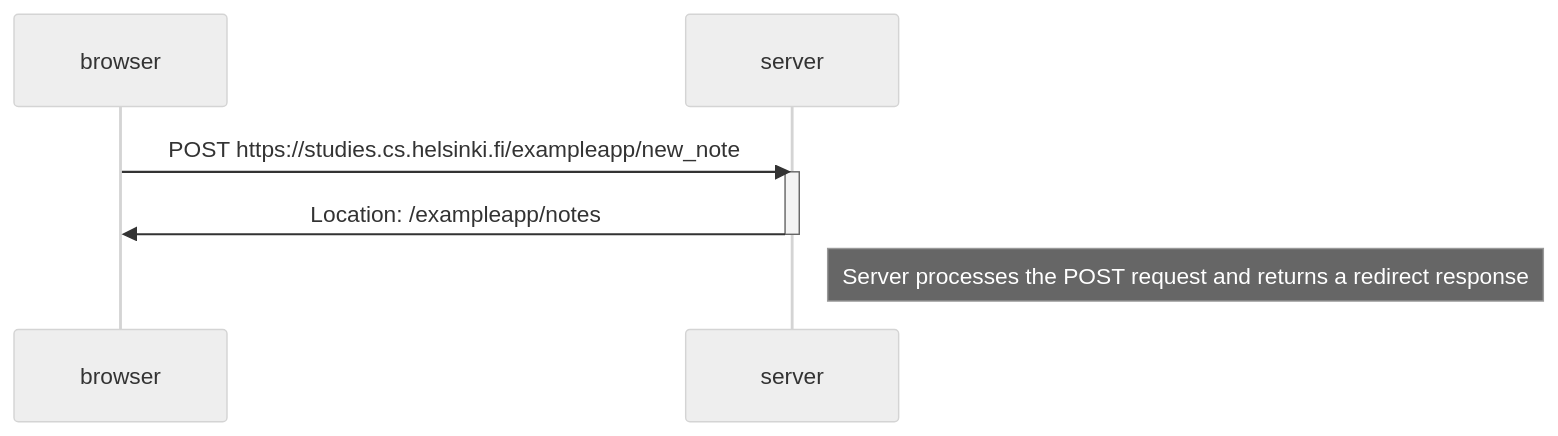
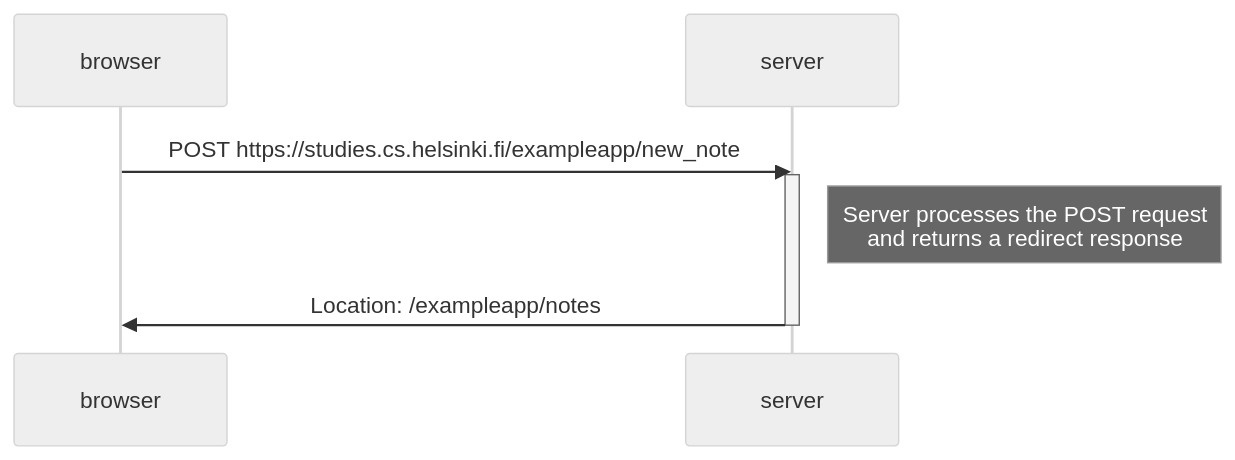
One commit to oskarioksanen/fullstack_open_palautusrepo changed the second of 2 diagrams in osa0/uusi_muistiinpano_kaavio.md. Above: the diagram before and after it, drawn with Mermaid (neutral theme).

````diff
--- a/osa0/uusi_muistiinpano_kaavio.md
+++ b/osa0/uusi_muistiinpano_kaavio.md
@@ -17,14 +17,14 @@
 ```mermaid
 sequenceDiagram
     participant browser
     participant server
 
     browser->>server: POST https://studies.cs.helsinki.fi/exampleapp/new_note
-    activate server    
+    activate server
+
+    Note right of server: Server processes the POST request<br/>and returns a redirect response
+
     server->>browser: Location: /exampleapp/notes
     deactivate server
 
-    Note right of server: Server processes the POST request and returns a redirect response
-
-
 ```
````
